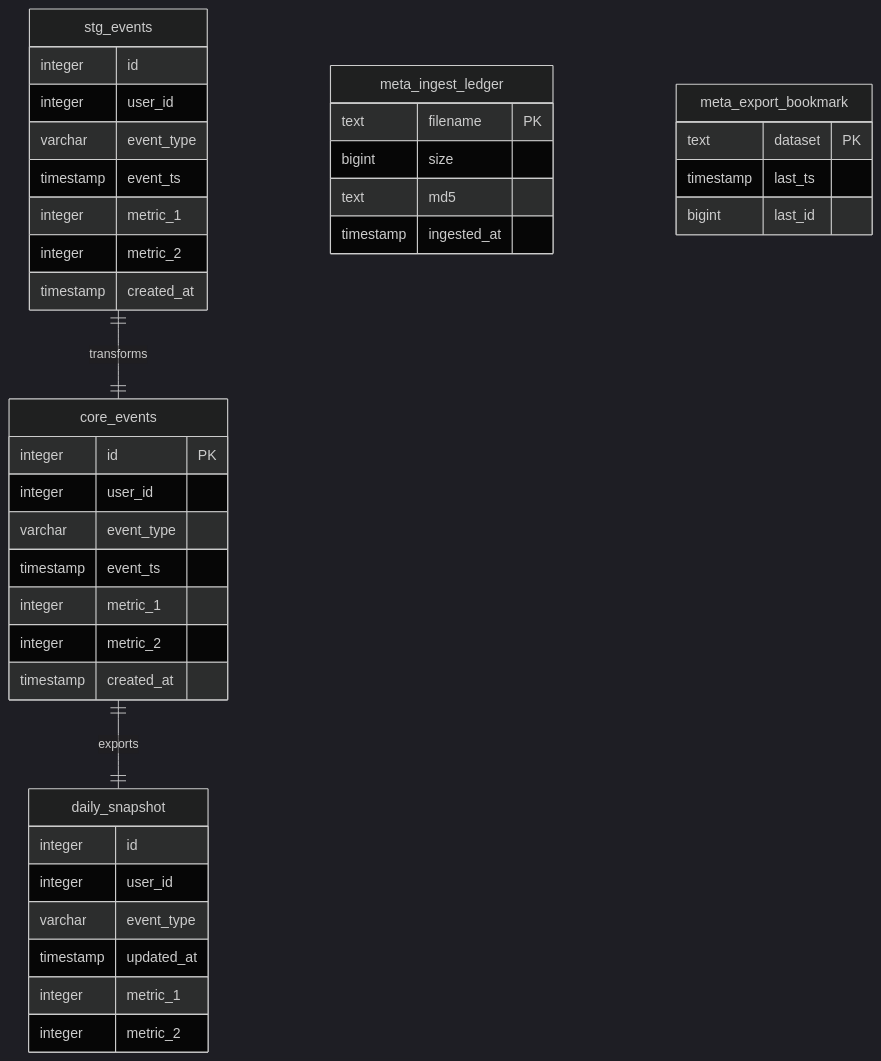
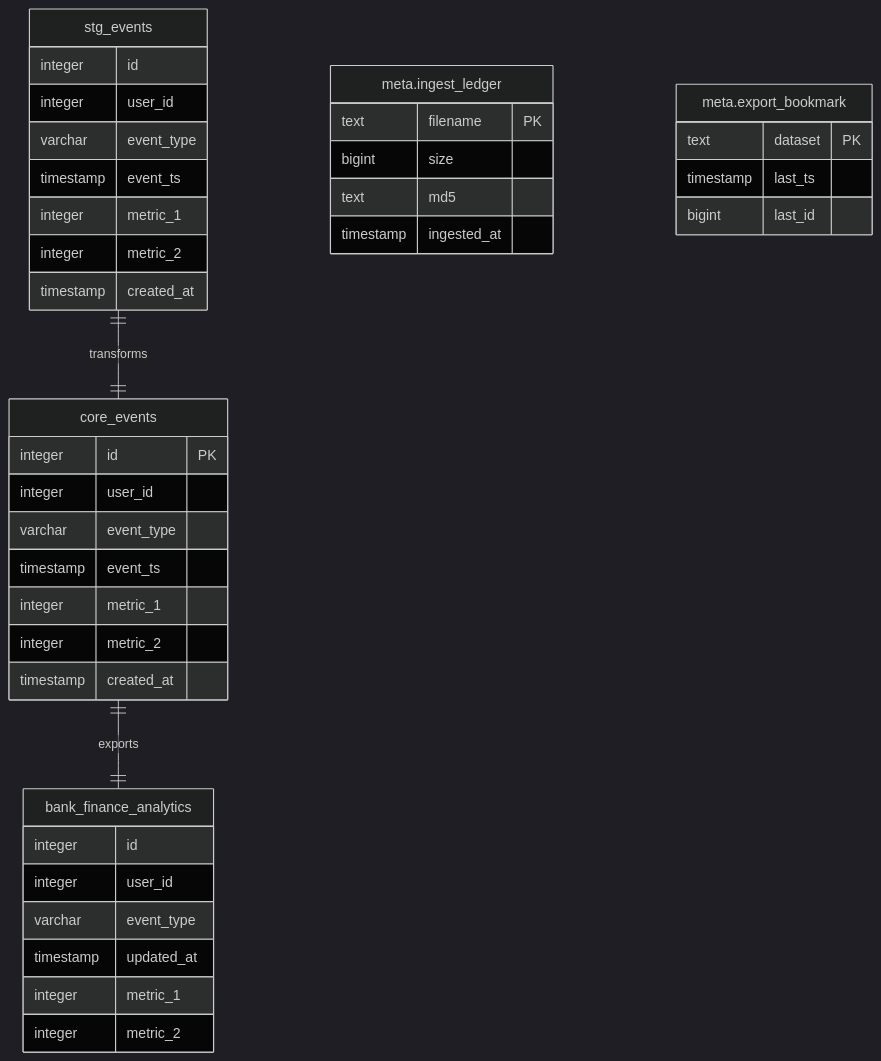
The sixth of 9 diagrams in docs/docs/diagrams.md (criscit/finance-analytics-pipeline), drawn with Mermaid (dark theme) before and after one commit. The commit also changed other lines of this file and 36 other files, not shown here.

````diff
--- a/docs/docs/diagrams.md
+++ b/docs/docs/diagrams.md
@@ -153,47 +153,47 @@
 ```mermaid
 erDiagram
     stg_events {
         integer id
         integer user_id
         varchar event_type
         timestamp event_ts
         integer metric_1
         integer metric_2
         timestamp created_at
     }
     
     core_events {
         integer id PK
         integer user_id
         varchar event_type
         timestamp event_ts
         integer metric_1
         integer metric_2
         timestamp created_at
     }
     
-    daily_snapshot {
+    bank_finance_analytics {
         integer id
         integer user_id
         varchar event_type
         timestamp updated_at
         integer metric_1
         integer metric_2
     }
     
-    meta_ingest_ledger {
+    meta.ingest_ledger {
         text filename PK
         bigint size
         text md5
         timestamp ingested_at
     }
     
-    meta_export_bookmark {
+    meta.export_bookmark {
         text dataset PK
         timestamp last_ts
         bigint last_id
     }
     
     stg_events ||--|| core_events : transforms
-    core_events ||--|| daily_snapshot : exports
+    core_events ||--|| bank_finance_analytics : exports
 ```
````
